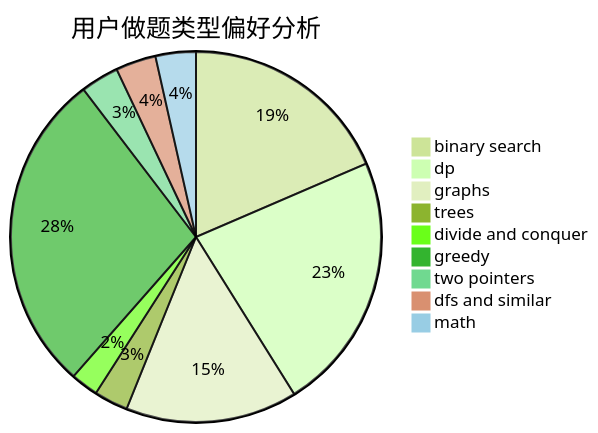
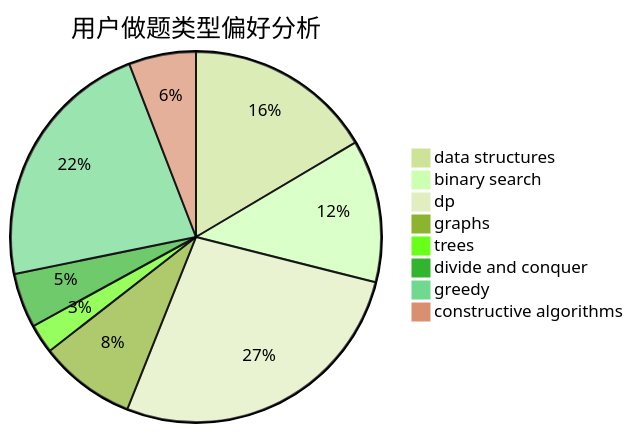
Before and after one commit to sherpahu/cfrs.github.io: the second of 3 diagrams in docs/user/u1346.md, drawn with Mermaid (forest theme). The commit also changed other lines of this file and 2775 other files, not shown here.

````diff
--- a/docs/user/u1346.md
+++ b/docs/user/u1346.md
@@ -23,12 +23,11 @@
 ```mermaid
 pie title 用户做题类型偏好分析
-    "binary search" :  100
-    "dp" :  122
-    "graphs" :  81
-    "trees" :  16
+    "data structures" :  45
+    "binary search" :  34
+    "dp" :  74
+    "graphs" :  23
+    "trees" :  7
     "divide and conquer" :  13
-    "greedy" :  152
-    "two pointers" :  18
-    "dfs and similar" :  19
-    "math" :  19
+    "greedy" :  61
+    "constructive algorithms" :  16
 ```
````
